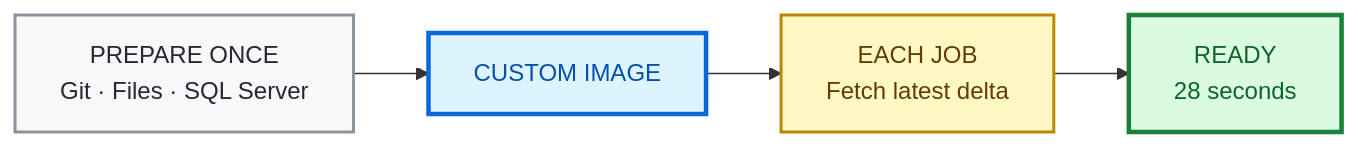
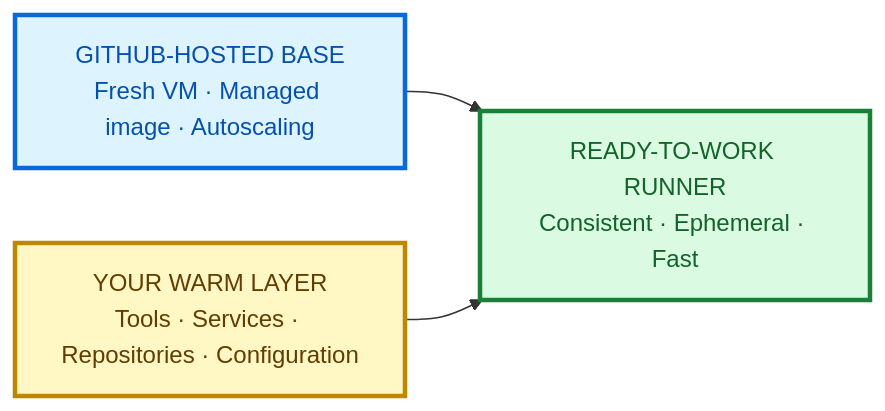
One commit to tsvi-solutions/custom_images_examples changed the first of 3 diagrams in README.md. Above: the diagram before and after it, drawn with Mermaid. The commit also changed other lines of this file, not shown here.

Commit message:
Revise README.md to enhance clarity on pre-warmed GitHub-hosted runners and their advantages, including detailed comparisons and use cases for custom images.

````diff
--- a/README.md
+++ b/README.md
@@ -54,18 +20,16 @@
 ```mermaid
 flowchart LR
-    Prepare["PREPARE ONCE<br/>Git · Files · SQL Server"]
-    Image["CUSTOM IMAGE"]
-    Update["EACH JOB<br/>Fetch latest delta"]
-    Ready["READY<br/>28 seconds"]
+    Base["GITHUB-HOSTED BASE<br/>Fresh VM · Managed image · Autoscaling"]
+    Warm["YOUR WARM LAYER<br/>Tools · Services · Repositories · Configuration"]
+    Ready["READY-TO-WORK RUNNER<br/>Consistent · Ephemeral · Fast"]
 
-    Prepare --> Image --> Update --> Ready
+    Base --> Ready
+    Warm --> Ready
 
-    classDef source fill:#f6f8fa,color:#24292f,stroke:#8c959f,stroke-width:2px
-    classDef image fill:#ddf4ff,color:#0550ae,stroke:#0969da,stroke-width:3px
-    classDef action fill:#fff8c5,color:#633c01,stroke:#bf8700,stroke-width:2px
+    classDef base fill:#ddf4ff,color:#0550ae,stroke:#0969da,stroke-width:3px
+    classDef warm fill:#fff8c5,color:#633c01,stroke:#bf8700,stroke-width:3px
     classDef ready fill:#dafbe1,color:#116329,stroke:#1a7f37,stroke-width:3px
-    class Prepare source
-    class Image image
-    class Update action
+    class Base base
+    class Warm warm
     class Ready ready
 ```
````
